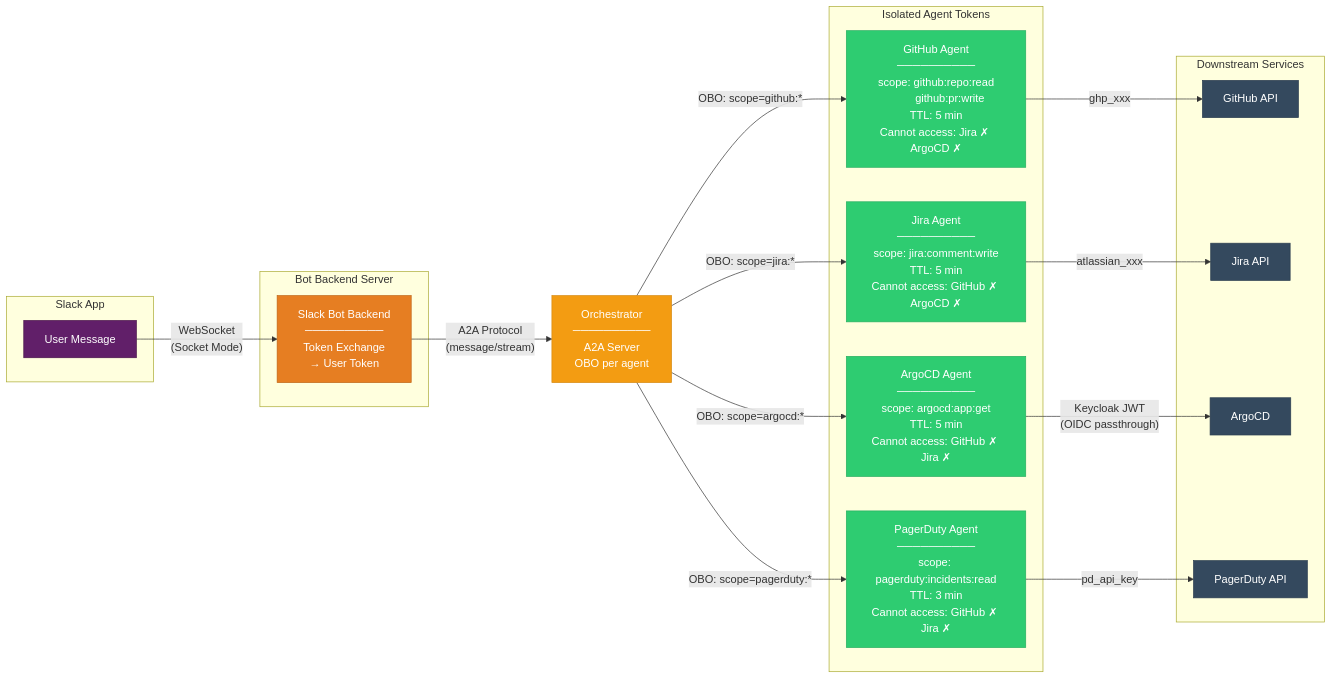
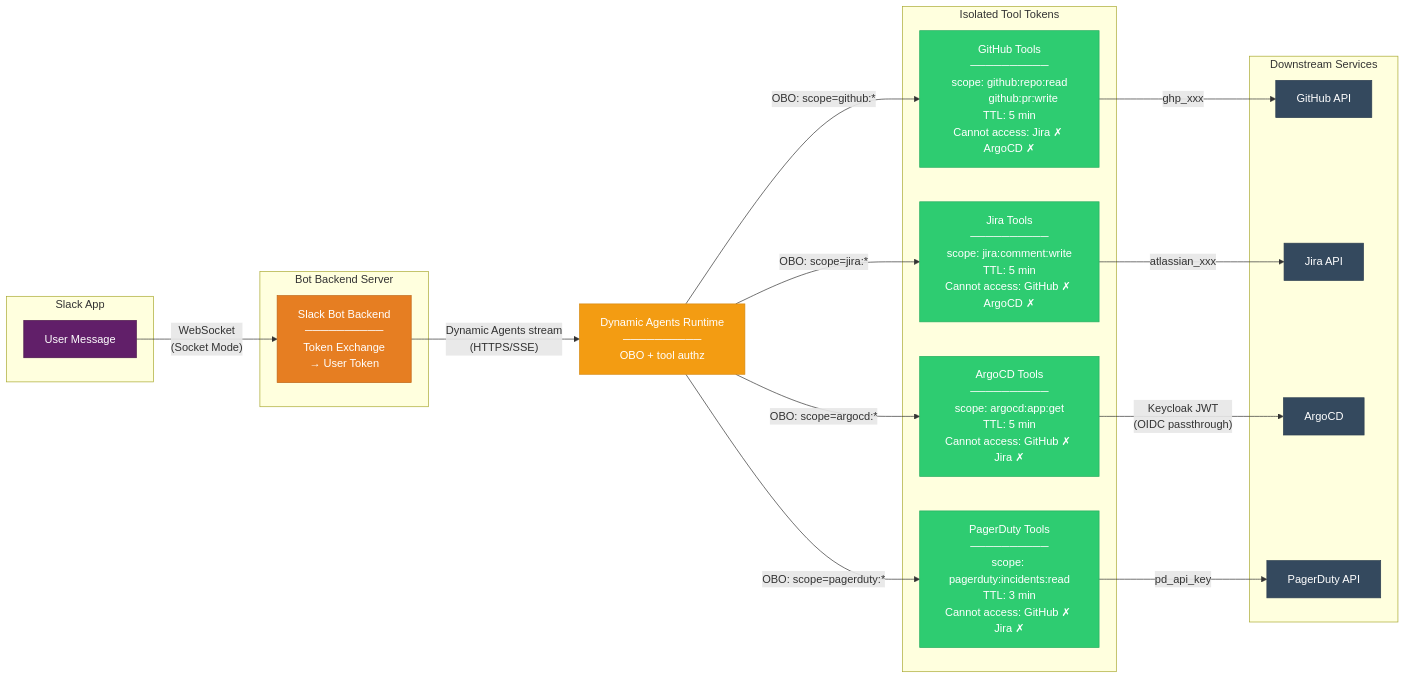
One commit to cnoe-io/ai-platform-engineering changed the eighth of 10 diagrams in docs/docs/architecture/slack-bot-authorization.md. Above: the diagram before and after it, drawn with Mermaid. The commit also changed other lines of this file and 252 other files, not shown here.

````diff
--- a/docs/docs/architecture/slack-bot-authorization.md
+++ b/docs/docs/architecture/slack-bot-authorization.md
@@ -395,53 +395,53 @@
 ```mermaid
 graph LR
     subgraph CLIENT["Slack App"]
         USER["User Message"]
     end
 
     subgraph BOT["Bot Backend Server"]
         BOT_SVC["Slack Bot Backend<br/>──────────<br/>Token Exchange<br/>→ User Token"]
     end
 
-    ORCH["Orchestrator<br/>──────────<br/>A2A Server<br/>OBO per agent"]
+    ORCH["Dynamic Agents Runtime<br/>──────────<br/>OBO + tool authz"]
 
-    subgraph AGENTS["Isolated Agent Tokens"]
-        GH_TOKEN["GitHub Agent<br/>──────────<br/>scope: github:repo:read<br/>         github:pr:write<br/>TTL: 5 min<br/>Cannot access: Jira ✗ ArgoCD ✗"]
+    subgraph AGENTS["Isolated Tool Tokens"]
+        GH_TOKEN["GitHub Tools<br/>──────────<br/>scope: github:repo:read<br/>         github:pr:write<br/>TTL: 5 min<br/>Cannot access: Jira ✗ ArgoCD ✗"]
 
-        JIRA_TOKEN["Jira Agent<br/>──────────<br/>scope: jira:comment:write<br/>TTL: 5 min<br/>Cannot access: GitHub ✗ ArgoCD ✗"]
+        JIRA_TOKEN["Jira Tools<br/>──────────<br/>scope: jira:comment:write<br/>TTL: 5 min<br/>Cannot access: GitHub ✗ ArgoCD ✗"]
 
-        ARGO_TOKEN["ArgoCD Agent<br/>──────────<br/>scope: argocd:app:get<br/>TTL: 5 min<br/>Cannot access: GitHub ✗ Jira ✗"]
+        ARGO_TOKEN["ArgoCD Tools<br/>──────────<br/>scope: argocd:app:get<br/>TTL: 5 min<br/>Cannot access: GitHub ✗ Jira ✗"]
 
-        PD_TOKEN["PagerDuty Agent<br/>──────────<br/>scope: pagerduty:incidents:read<br/>TTL: 3 min<br/>Cannot access: GitHub ✗ Jira ✗"]
+        PD_TOKEN["PagerDuty Tools<br/>──────────<br/>scope: pagerduty:incidents:read<br/>TTL: 3 min<br/>Cannot access: GitHub ✗ Jira ✗"]
     end
 
     subgraph DS["Downstream Services"]
         GH_API["GitHub API"]
         JIRA_API["Jira API"]
         ARGO_API["ArgoCD"]
         PD_API["PagerDuty API"]
     end
 
     USER -->|"WebSocket<br/>(Socket Mode)"| BOT_SVC
-    BOT_SVC -->|"A2A Protocol<br/>(message/stream)"| ORCH
+    BOT_SVC -->|"Dynamic Agents stream<br/>(HTTPS/SSE)"| ORCH
     ORCH -->|"OBO: scope=github:*"| GH_TOKEN
     ORCH -->|"OBO: scope=jira:*"| JIRA_TOKEN
     ORCH -->|"OBO: scope=argocd:*"| ARGO_TOKEN
     ORCH -->|"OBO: scope=pagerduty:*"| PD_TOKEN
 
     GH_TOKEN -->|"ghp_xxx"| GH_API
     JIRA_TOKEN -->|"atlassian_xxx"| JIRA_API
     ARGO_TOKEN -->|"Keycloak JWT<br/>(OIDC passthrough)"| ARGO_API
     PD_TOKEN -->|"pd_api_key"| PD_API
 
     style USER fill:#611f69,color:#fff,stroke:#4a154b
     style BOT_SVC fill:#E67E22,color:#fff,stroke:#bf6516
     style ORCH fill:#f39c12,color:#fff,stroke:#d68910
     style GH_TOKEN fill:#2ecc71,color:#fff,stroke:#27ae60
     style JIRA_TOKEN fill:#2ecc71,color:#fff,stroke:#27ae60
     style ARGO_TOKEN fill:#2ecc71,color:#fff,stroke:#27ae60
     style PD_TOKEN fill:#2ecc71,color:#fff,stroke:#27ae60
     style GH_API fill:#34495e,color:#fff,stroke:#2c3e50
     style JIRA_API fill:#34495e,color:#fff,stroke:#2c3e50
     style ARGO_API fill:#34495e,color:#fff,stroke:#2c3e50
     style PD_API fill:#34495e,color:#fff,stroke:#2c3e50
 ```
````
